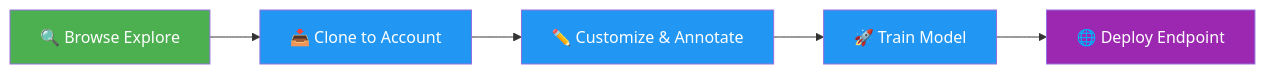
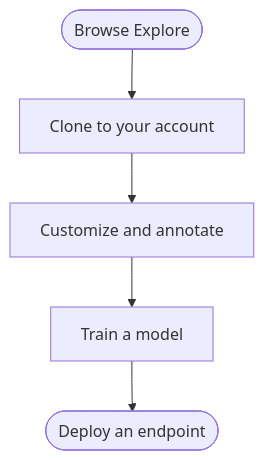
The first of 3 diagrams in docs/en/platform/explore.md (ultralytics/ultralytics), drawn with Mermaid before and after one commit. The commit also changed other lines of this file and 20 other files, not shown here.

Commit message:
Migrate docs Mermaid diagrams to the unified design system (#26573)

````diff
--- a/docs/en/platform/explore.md
+++ b/docs/en/platform/explore.md
@@ -15,11 +15,7 @@
 ```mermaid
-graph LR
-    A[🔍 Browse Explore]:::start --> B[📥 Clone to Account]:::proc
-    B --> C[✏️ Customize & Annotate]:::proc
-    C --> D[🚀 Train Model]:::proc
-    D --> E[🌐 Deploy Endpoint]:::out
-
-    classDef start fill:#4CAF50,color:#fff
-    classDef proc fill:#2196F3,color:#fff
-    classDef out fill:#9C27B0,color:#fff
+flowchart TD
+    A([Browse Explore]) --> B[Clone to your account]
+    B --> C[Customize and annotate]
+    C --> D[Train a model]
+    D --> E([Deploy an endpoint])
 ```
````
